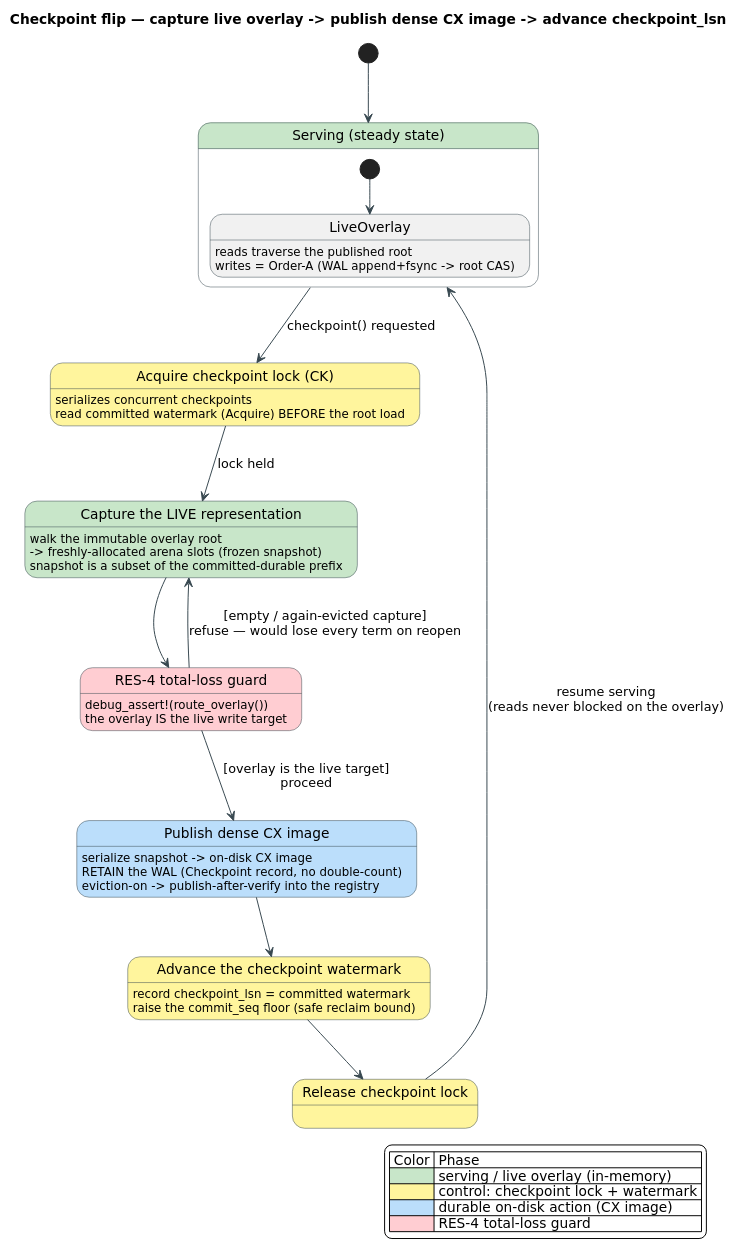
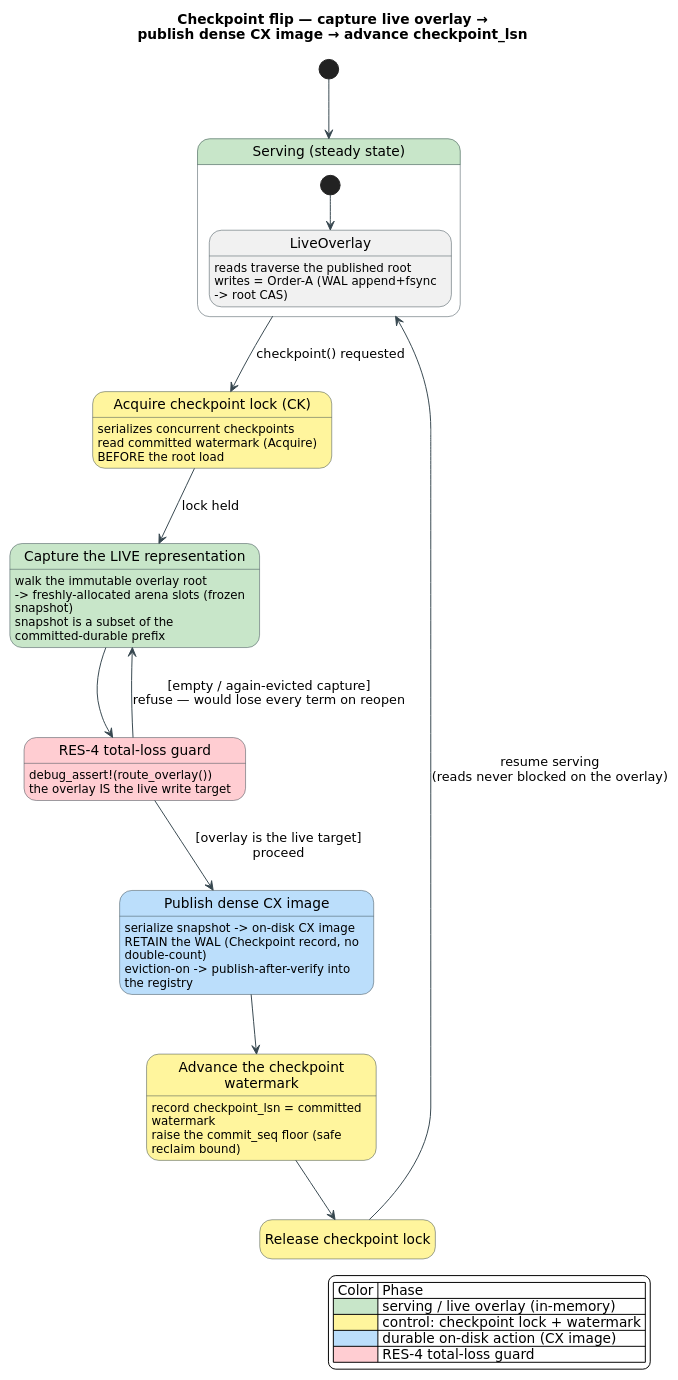
One commit to vinary-tree/libdictenstein changed the diagram in docs/diagrams/src/checkpoint-flip.puml. Above: the diagram before and after it, drawn with PlantUML. The commit also changed 279 other files, not shown here.

```diff
--- a/docs/diagrams/src/checkpoint-flip.puml
+++ b/docs/diagrams/src/checkpoint-flip.puml
@@ -1,81 +1,83 @@
 @startuml checkpoint-flip
 ' ============================================================================
 ' Checkpoint flip — fold the LIVE lock-free overlay into a dense CX image and
 ' advance the committed-watermark checkpoint_lsn, all under the checkpoint lock.
 ' Source of truth: src/persistent_artrie/core/overlay/{checkpoint,flip}.rs
 ' (OverlayCheckpoint::checkpoint_route_split) + core/committed_watermark.rs.
 '
 ' The RES-4 total-loss guard: a checkpoint must capture the OVERLAY (the live
 ' write target), never an empty / again-evicted tree. Since L3.3 deleted the
 ' owned tree, route_overlay() is universally true; the guard is the
 ' debug_assert!(route_overlay()) on entry — modelled here as a guarded
 ' transition that refuses to publish a degenerate (empty) capture.
 '
 ' Color key (house palette — docs/diagrams/README.md):
 '   green  #C8E6C9  serving from the live lock-free overlay (in-memory)
 '   amber  #FFF59D  control: the checkpoint lock + watermark advance
 '   blue   #BBDEFB  durable on-disk action (write the dense CX image)
 '   red    #FFCDD2  the RES-4 total-loss guard (refuse a degenerate capture)
 ' ============================================================================
 skinparam backgroundColor #FFFFFF
 skinparam defaultFontName "DejaVu Sans"
+skinparam wrapWidth 240
+hide empty description
 skinparam shadowing false
 skinparam ArrowColor #37474F
 skinparam state {
   BorderColor #37474F
   FontName "DejaVu Sans"
 }
 
-title Checkpoint flip — capture live overlay -> publish dense CX image -> advance checkpoint_lsn
+title Checkpoint flip — capture live overlay →\npublish dense CX image → advance checkpoint_lsn
 
 [*] --> Serving
 
 state "Serving (steady state)" as Serving #C8E6C9 {
   [*] --> LiveOverlay
   LiveOverlay : reads traverse the published root
   LiveOverlay : writes = Order-A (WAL append+fsync -> root CAS)
 }
 
 Serving --> AcquireLock : checkpoint() requested
 state "Acquire checkpoint lock (CK)" as AcquireLock #FFF59D
 AcquireLock : serializes concurrent checkpoints
 AcquireLock : read committed watermark (Acquire) BEFORE the root load
 
 AcquireLock --> Capture : lock held
 state "Capture the LIVE representation" as Capture #C8E6C9
 Capture : walk the immutable overlay root
 Capture : -> freshly-allocated arena slots (frozen snapshot)
 Capture : snapshot is a subset of the committed-durable prefix
 
 ' --- RES-4 total-loss guard: refuse to publish a degenerate / empty capture --
 Capture --> RES4Guard
 state "RES-4 total-loss guard" as RES4Guard #FFCDD2
 RES4Guard : debug_assert!(route_overlay())
 RES4Guard : the overlay IS the live write target
 
 RES4Guard --> Capture : [empty / again-evicted capture]\nrefuse — would lose every term on reopen
 RES4Guard --> PublishImage : [overlay is the live target]\nproceed
 
 state "Publish dense CX image" as PublishImage #BBDEFB
 PublishImage : serialize snapshot -> on-disk CX image
 PublishImage : RETAIN the WAL (Checkpoint record, no double-count)
 PublishImage : eviction-on -> publish-after-verify into the registry
 
 PublishImage --> AdvanceWatermark
 state "Advance the checkpoint watermark" as AdvanceWatermark #FFF59D
 AdvanceWatermark : record checkpoint_lsn = committed watermark
 AdvanceWatermark : raise the commit_seq floor (safe reclaim bound)
 
 AdvanceWatermark --> ReleaseLock
 state "Release checkpoint lock" as ReleaseLock #FFF59D
 
 ReleaseLock --> Serving : resume serving\n(reads never blocked on the overlay)
 
 legend right
   | Color | Phase |
   |<#C8E6C9>| serving / live overlay (in-memory) |
   |<#FFF59D>| control: checkpoint lock + watermark |
   |<#BBDEFB>| durable on-disk action (CX image) |
   |<#FFCDD2>| RES-4 total-loss guard |
 endlegend
 @enduml
```
